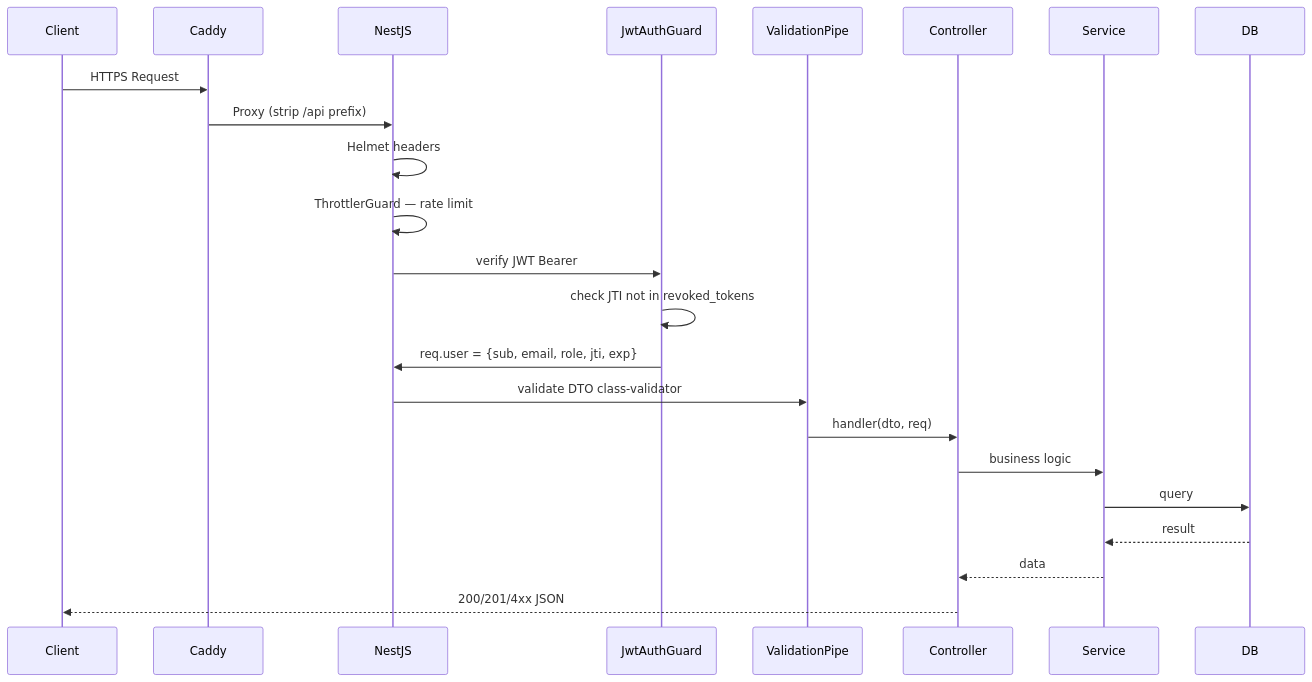
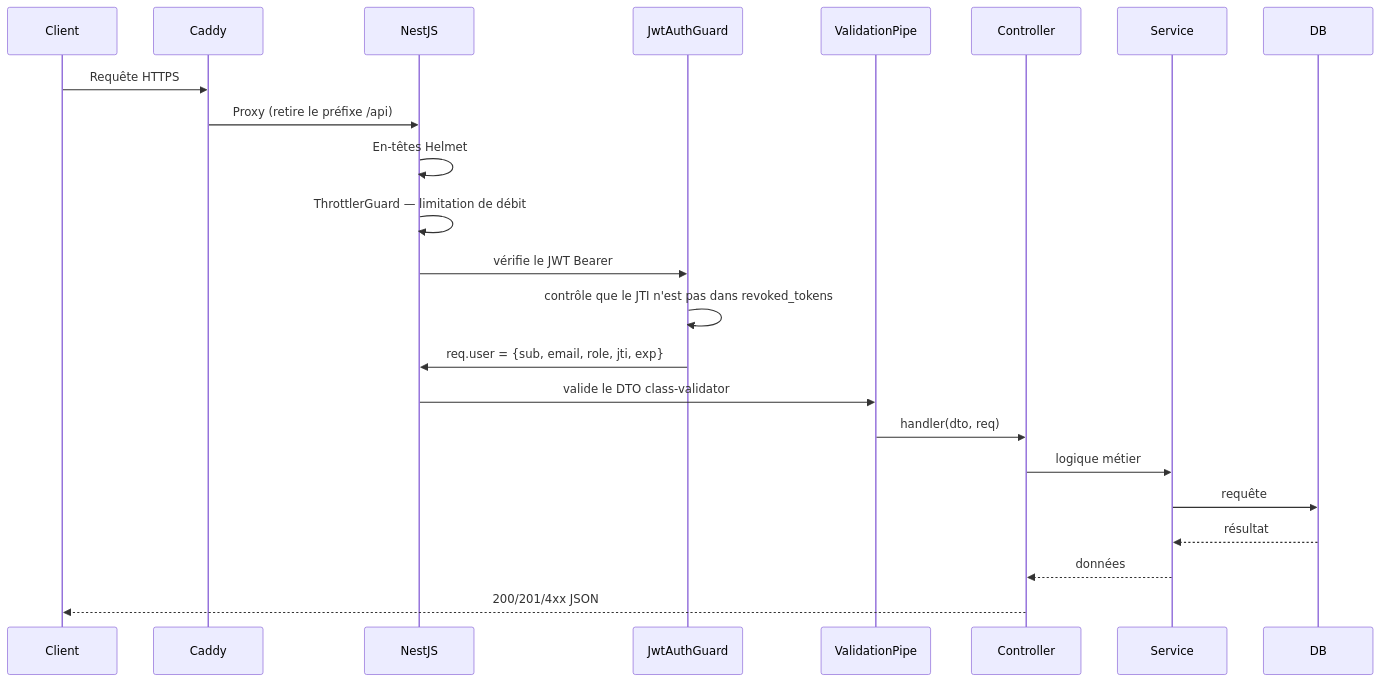
Diagram 18 of 21 in docs/ARCHITECTURE.md (creibaud/QuartierConnect), drawn with Mermaid before and after one commit. The commit also changed other lines of this file and 27 other files, not shown here.

````diff
--- a/docs/ARCHITECTURE.md
+++ b/docs/ARCHITECTURE.md
@@ -700,26 +741,26 @@
 ```mermaid
 sequenceDiagram
     participant Client
     participant Caddy
     participant NestJS
     participant Guard as JwtAuthGuard
     participant Pipe as ValidationPipe
     participant Controller
     participant Service
     participant DB
 
-    Client->>Caddy: HTTPS Request
-    Caddy->>NestJS: Proxy (strip /api prefix)
-    NestJS->>NestJS: Helmet headers
-    NestJS->>NestJS: ThrottlerGuard — rate limit
-    NestJS->>Guard: verify JWT Bearer
-    Guard->>Guard: check JTI not in revoked_tokens
+    Client->>Caddy: Requête HTTPS
+    Caddy->>NestJS: Proxy (retire le préfixe /api)
+    NestJS->>NestJS: En-têtes Helmet
+    NestJS->>NestJS: ThrottlerGuard — limitation de débit
+    NestJS->>Guard: vérifie le JWT Bearer
+    Guard->>Guard: contrôle que le JTI n'est pas dans revoked_tokens
     Guard->>NestJS: req.user = {sub, email, role, jti, exp}
-    NestJS->>Pipe: validate DTO class-validator
+    NestJS->>Pipe: valide le DTO class-validator
     Pipe->>Controller: handler(dto, req)
-    Controller->>Service: business logic
-    Service->>DB: query
-    DB-->>Service: result
-    Service-->>Controller: data
+    Controller->>Service: logique métier
+    Service->>DB: requête
+    DB-->>Service: résultat
+    Service-->>Controller: données
     Controller-->>Client: 200/201/4xx JSON
 ```
````
